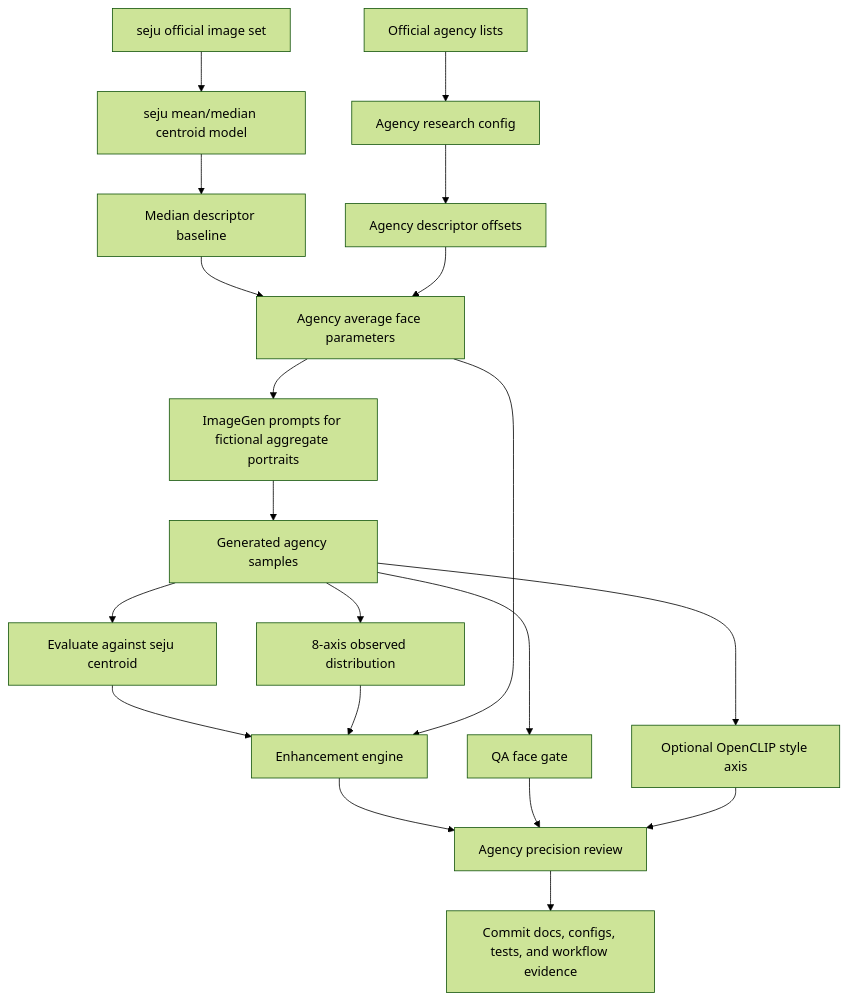
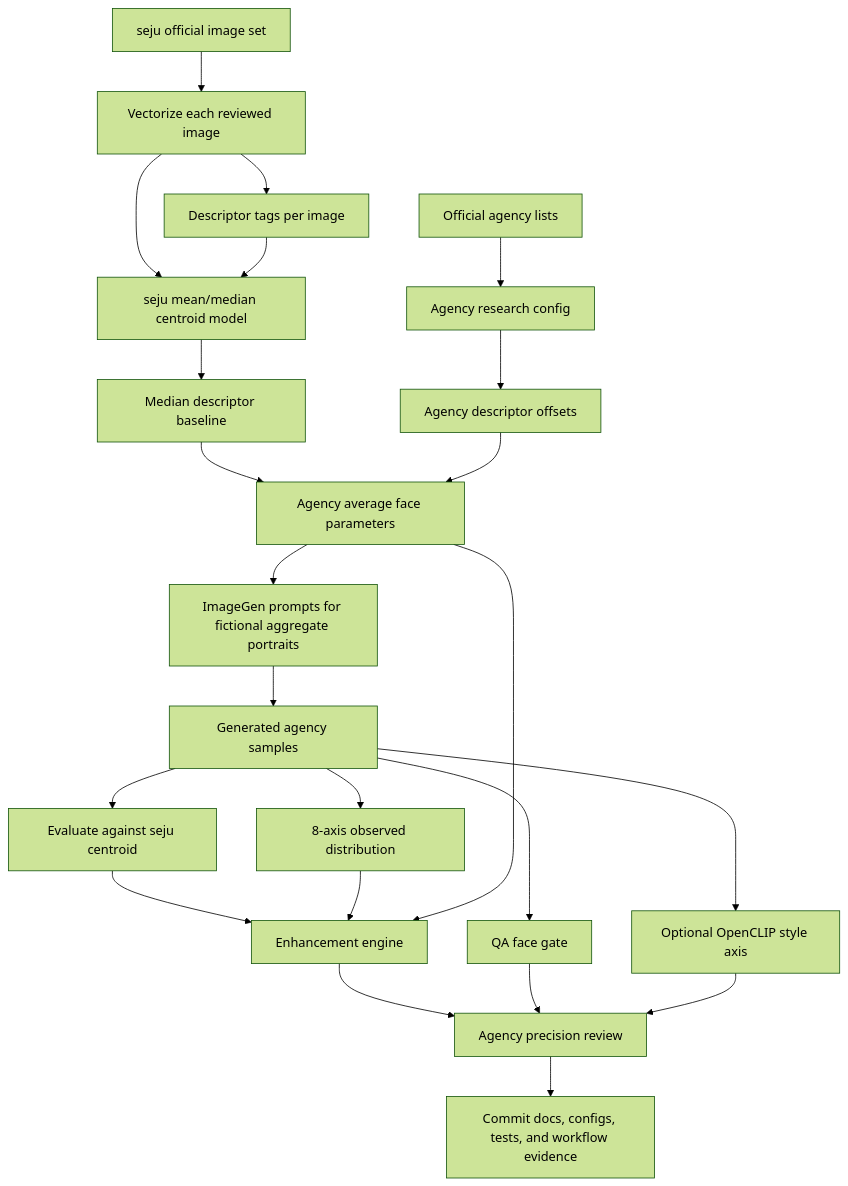
Before and after one commit to Nicolas0315/seju-face-lab: the first of 2 diagrams in docs/agency-research-flow.md, drawn with Mermaid (forest theme). The commit also changed other lines of this file and 5 other files, not shown here.

Commit message:
Add agency contrast map and research flow docs

````diff
--- a/docs/agency-research-flow.md
+++ b/docs/agency-research-flow.md
@@ -9,22 +23,25 @@
 ```mermaid
 flowchart TD
     A[Official agency lists] --> B[Agency research config]
-    S[seju official image set] --> C[seju mean/median centroid model]
+    S[seju official image set] --> V[Vectorize each reviewed image]
+    V --> T[Descriptor tags per image]
+    V --> C[seju mean/median centroid model]
+    T --> C
     C --> D[Median descriptor baseline]
     B --> E[Agency descriptor offsets]
     D --> F[Agency average face parameters]
     E --> F
     F --> G[ImageGen prompts for fictional aggregate portraits]
     G --> H[Generated agency samples]
     H --> I[Evaluate against seju centroid]
     H --> J[QA face gate]
     H --> K[Optional OpenCLIP style axis]
     I --> N[Enhancement engine]
     H --> O[8-axis observed distribution]
     O --> N
     F --> N
     N --> L[Agency precision review]
     J --> L
     K --> L
     L --> M[Commit docs, configs, tests, and workflow evidence]
 ```
````
